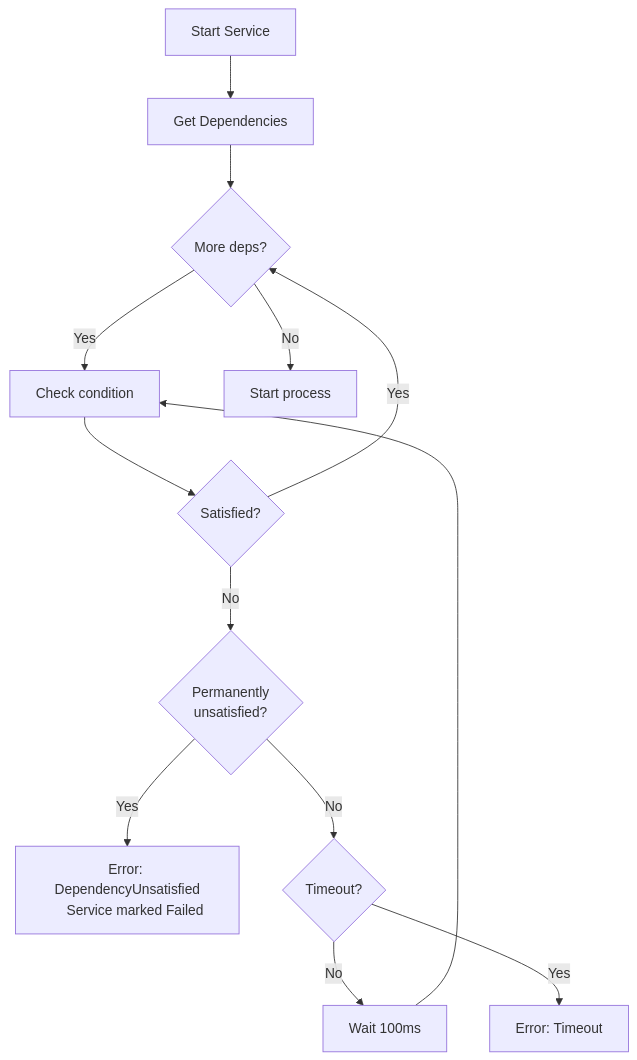
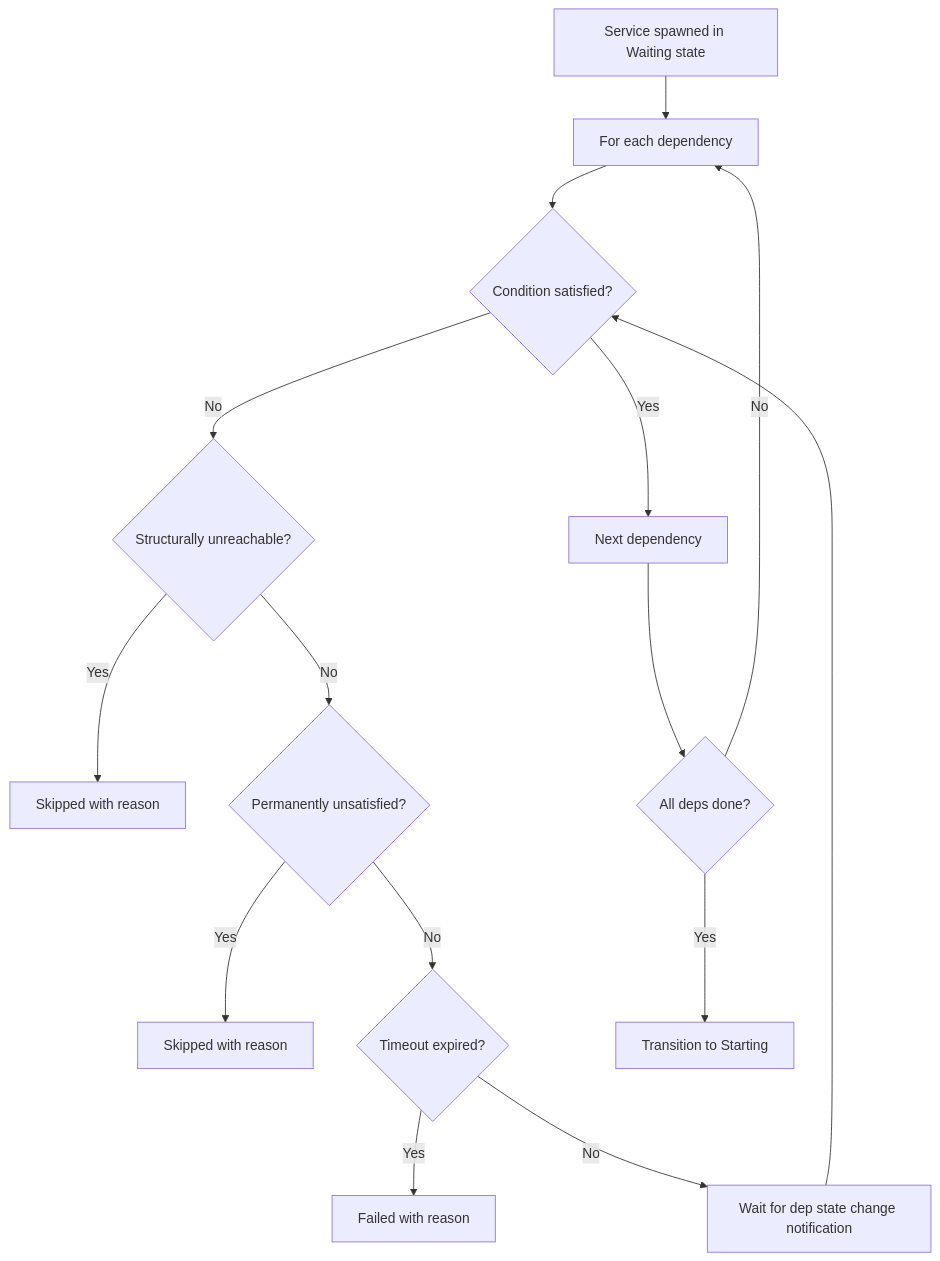
Before and after one commit to maleus-ai/kepler: the fifth of 9 diagrams in docs/architecture.md, drawn with Mermaid. The commit also changed other lines of this file and 33 other files, not shown here.

Commit message:
Rework the process orchestration to make it more stable and flexible

````diff
--- a/docs/architecture.md
+++ b/docs/architecture.md
@@ -290,17 +300,17 @@
 ```mermaid
 flowchart TD
-    A[Start Service] --> B[Get Dependencies]
-    B --> C{More deps?}
-    C -->|Yes| D[Check condition]
-    D --> E{Satisfied?}
-    E -->|No| P{Permanently
-    unsatisfied?}
-    P -->|Yes| Q[Error: DependencyUnsatisfied
-    Service marked Failed]
-    P -->|No| F{Timeout?}
-    F -->|No| G[Wait 100ms]
-    G --> D
-    F -->|Yes| H[Error: Timeout]
-    E -->|Yes| C
-    C -->|No| I[Start process]
+    A[Service spawned in Waiting state] --> B[For each dependency]
+    B --> C{Condition satisfied?}
+    C -->|Yes| B2[Next dependency]
+    C -->|No| D{Structurally unreachable?}
+    D -->|Yes| Skip[Skipped with reason]
+    D -->|No| E{Permanently unsatisfied?}
+    E -->|Yes| Skip2[Skipped with reason]
+    E -->|No| F{Timeout expired?}
+    F -->|Yes| Fail[Failed with reason]
+    F -->|No| G[Wait for dep state change notification]
+    G --> C
+    B2 --> H{All deps done?}
+    H -->|No| B
+    H -->|Yes| I[Transition to Starting]
 ```
````
